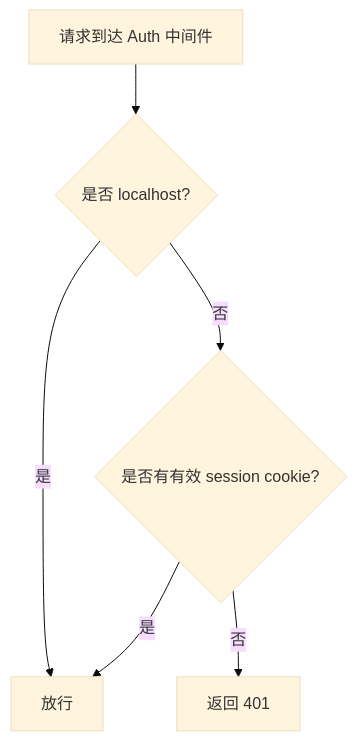
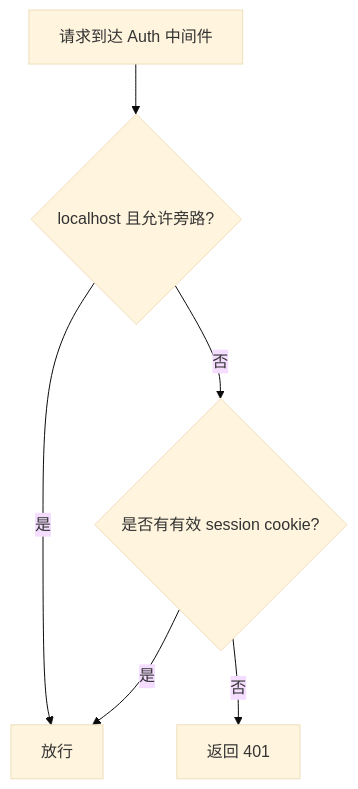
One commit to 0REZ/clawbench changed the second of 2 diagrams in docs/spec/infra/auth-and-middleware.md. Above: the diagram before and after it, drawn with Mermaid (base theme). The commit also changed other lines of this file and 16 other files, not shown here.

````diff
--- a/docs/spec/infra/auth-and-middleware.md
+++ b/docs/spec/infra/auth-and-middleware.md
@@ -21,8 +23,8 @@
 ```mermaid
 flowchart TD
-    A[请求到达 Auth 中间件] --> B{是否 localhost?}
+    A[请求到达 Auth 中间件] --> B{localhost 且允许旁路?}
     B -->|是| C[放行]
     B -->|否| D{是否有有效 session cookie?}
     D -->|是| C
     D -->|否| E[返回 401]
 ```
````
